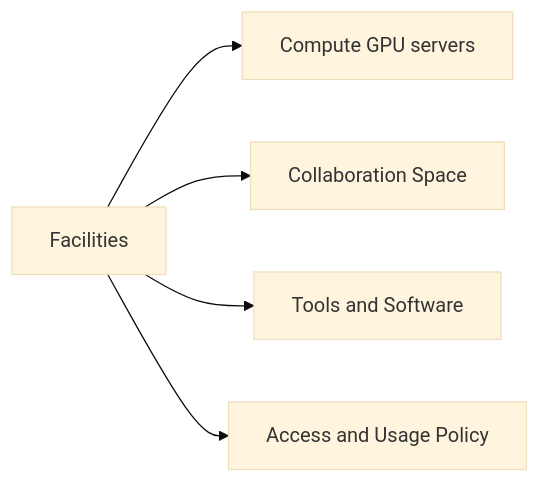
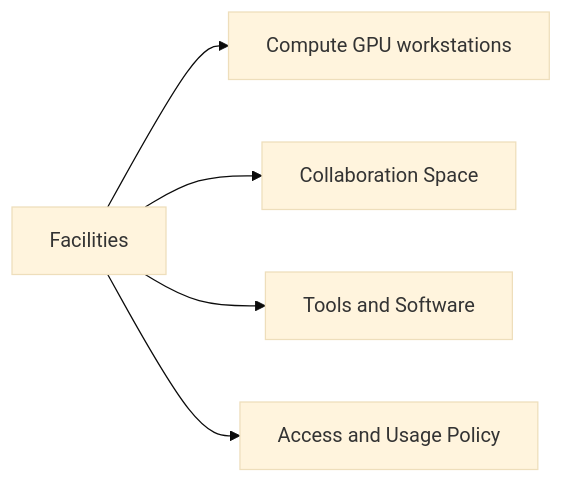
Before and after one commit to fhtm21/InnoLab: the fourth of 7 diagrams in conceptual/microsite_concept.md, drawn with Mermaid (base theme). The commit also changed other lines of this file and 3 other files, not shown here.

````diff
--- a/conceptual/microsite_concept.md
+++ b/conceptual/microsite_concept.md
@@ -130,7 +119,7 @@
 ```mermaid
 flowchart LR
-  F[Facilities] --> F1[Compute GPU servers]
+  F[Facilities] --> F1[Compute GPU workstations]
   F --> F2[Collaboration Space]
   F --> F3[Tools and Software]
   F --> F4[Access and Usage Policy]
 ```
````
